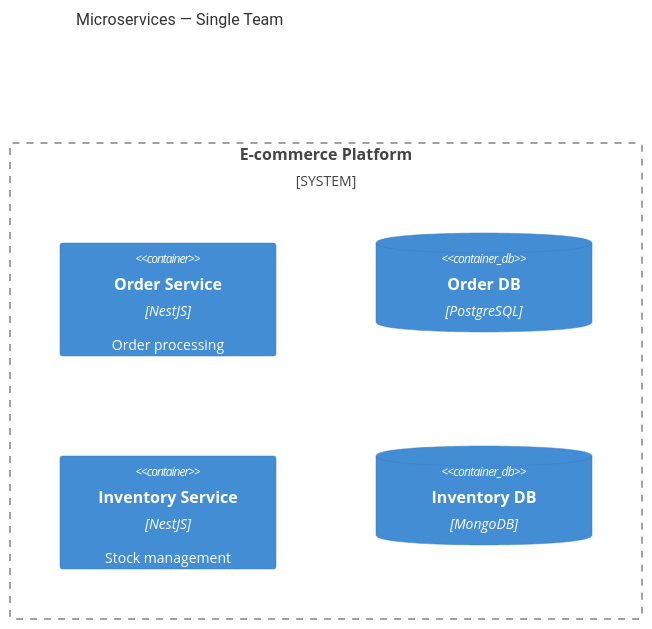
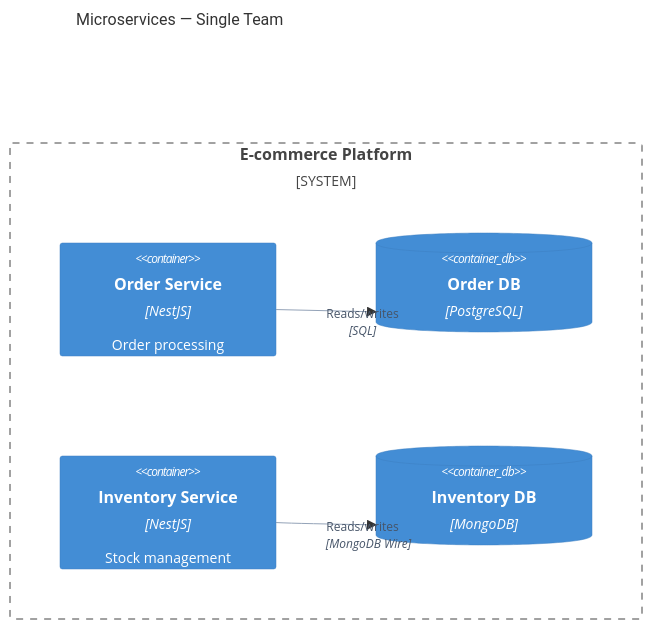
The sixth of 8 diagrams in packages/skills-catalog/skills/(tooling)/mermaid-studio/references/c4-architecture.md (RolfLobo/agent-skills), drawn with Mermaid before and after one commit. The commit also changed other lines of this file, not shown here.

Commit message:
docs: enhance c4-architecture.md with mandatory rules for diagram creation, styling guidelines, and layout optimization tips

````diff
--- a/packages/skills-catalog/skills/(tooling)/mermaid-studio/references/c4-architecture.md
+++ b/packages/skills-catalog/skills/(tooling)/mermaid-studio/references/c4-architecture.md
@@ -279,11 +368,19 @@
 ```mermaid
 C4Container
     title Microservices — Single Team
 
     System_Boundary(platform, "E-commerce Platform") {
         Container(orderSvc, "Order Service", "NestJS", "Order processing")
         ContainerDb(orderDb, "Order DB", "PostgreSQL")
         Container(inventorySvc, "Inventory Service", "NestJS", "Stock management")
         ContainerDb(inventoryDb, "Inventory DB", "MongoDB")
     }
+
+    Rel(orderSvc, orderDb, "Reads/writes", "SQL")
+    Rel(inventorySvc, inventoryDb, "Reads/writes", "MongoDB Wire")
+
+    UpdateRelStyle(orderSvc, orderDb, $textColor="#475569", $lineColor="#94a3b8")
+    UpdateRelStyle(inventorySvc, inventoryDb, $textColor="#475569", $lineColor="#94a3b8")
+
+    UpdateLayoutConfig($c4ShapeInRow="2", $c4BoundaryInRow="1")
 ```
````
